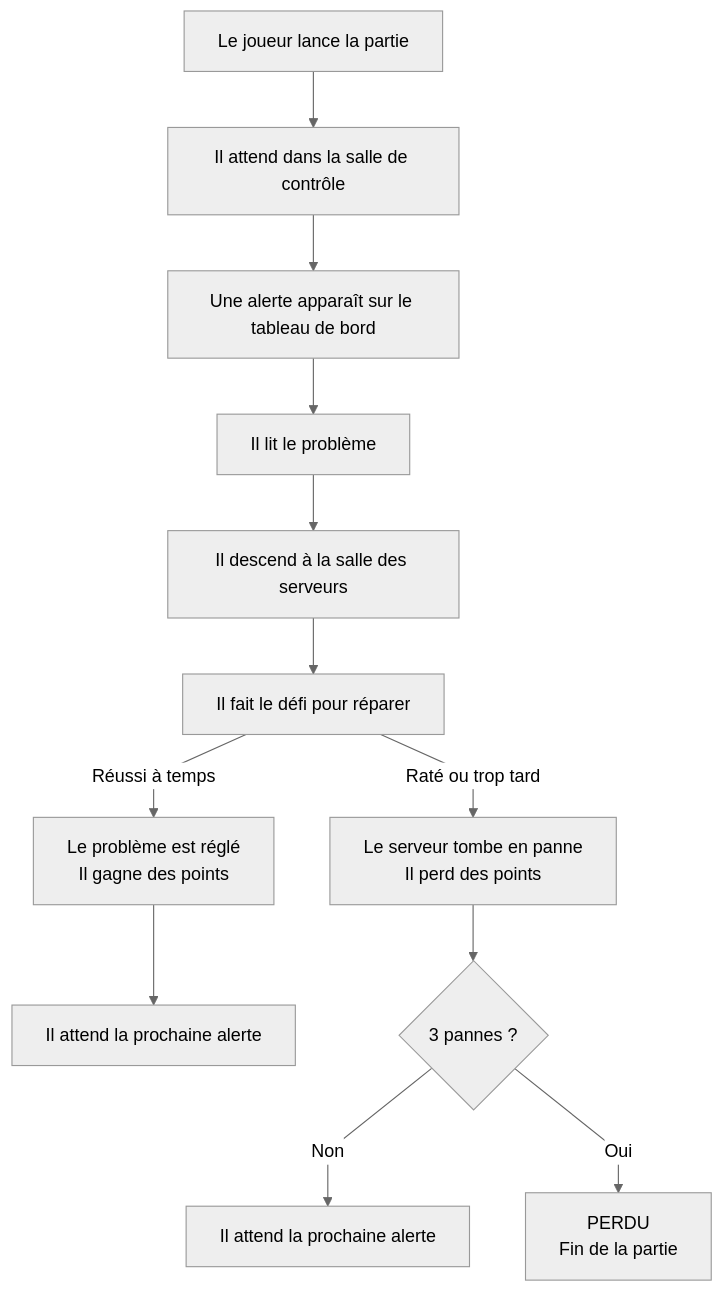
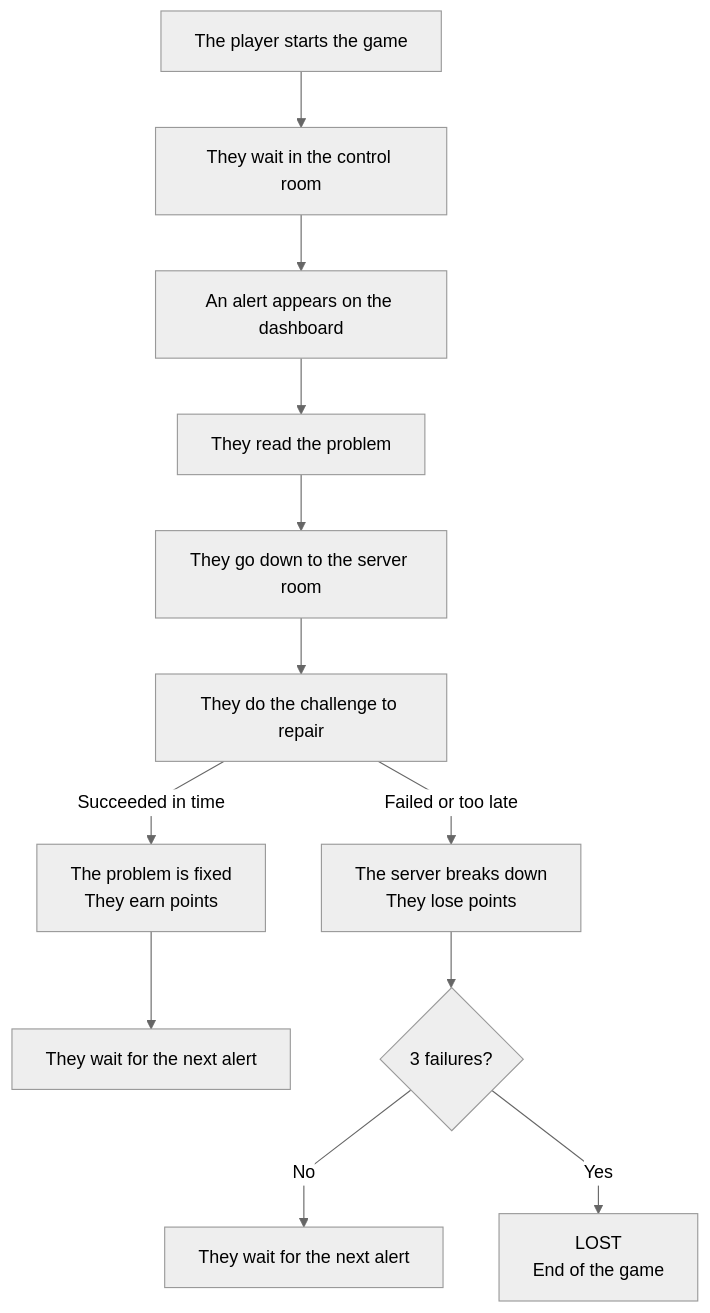
The first of 2 diagrams in docs/player-flow/game-states.md (jobtrek/DuskTillDawn), drawn with Mermaid (neutral theme) before and after one commit. The commit also changed other lines of this file and 15 other files, not shown here.

Commit message:
refactor: translate challenge code and player-flow docs to English

````diff
--- a/docs/player-flow/game-states.md
+++ b/docs/player-flow/game-states.md
@@ -7,15 +7,15 @@
 ```mermaid
 %%{init: {"flowchart": {"curve": "linear"}}}%%
 flowchart TD
-    A["Le joueur lance la partie"] --> B["Il attend dans la salle de contrôle"]
-    B --> C["Une alerte apparaît sur le tableau de bord"]
-    C --> D["Il lit le problème"]
-    D --> E["Il descend à la salle des serveurs"]
-    E --> F["Il fait le défi pour réparer"]
-    F -->|"Réussi à temps"| G["Le problème est réglé<br/>Il gagne des points"]
-    F -->|"Raté ou trop tard"| H["Le serveur tombe en panne<br/>Il perd des points"]
-    G --> I["Il attend la prochaine alerte"]
-    H --> J{"3 pannes ?"}
-    J -->|"Non"| K["Il attend la prochaine alerte"]
-    J -->|"Oui"| L["PERDU<br/>Fin de la partie"]
+    A["The player starts the game"] --> B["They wait in the control room"]
+    B --> C["An alert appears on the dashboard"]
+    C --> D["They read the problem"]
+    D --> E["They go down to the server room"]
+    E --> F["They do the challenge to repair"]
+    F -->|"Succeeded in time"| G["The problem is fixed<br/>They earn points"]
+    F -->|"Failed or too late"| H["The server breaks down<br/>They lose points"]
+    G --> I["They wait for the next alert"]
+    H --> J{"3 failures?"}
+    J -->|"No"| K["They wait for the next alert"]
+    J -->|"Yes"| L["LOST<br/>End of the game"]
 ```
````
